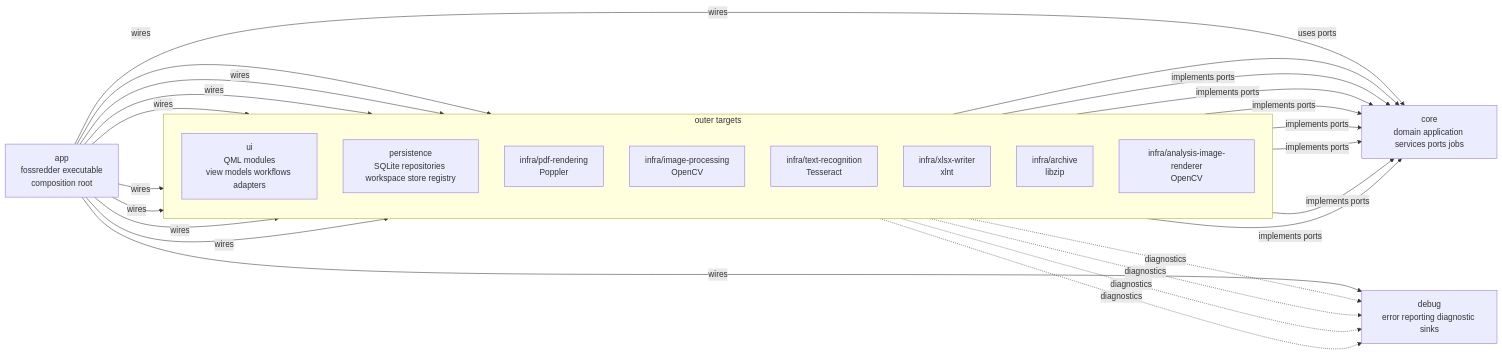
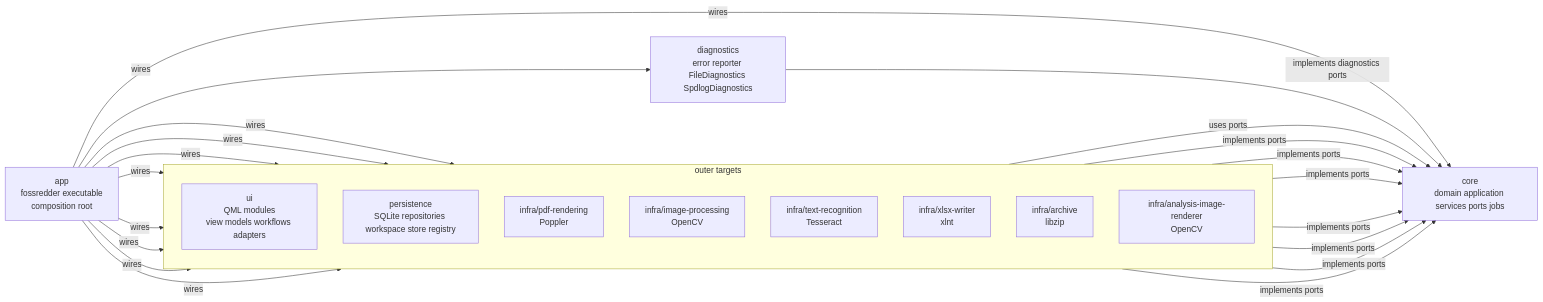
The second of 19 diagrams in docs/DESIGN.md (Wiiii90/FOSSredder), drawn with Mermaid before and after one commit. The commit also changed other lines of this file and 89 other files, not shown here.

Commit message:
chore: align diagnostics ports and target

````diff
--- a/docs/DESIGN.md
+++ b/docs/DESIGN.md
@@ -151,44 +151,41 @@
 ```mermaid
 flowchart LR
   App["app<br/>fossredder executable<br/>composition root"]
 
   subgraph OuterTargets["outer targets"]
     direction TB
     UI["ui<br/>QML modules<br/>view models workflows adapters"]
     Persistence["persistence<br/>SQLite repositories workspace store registry"]
     InfraPdf["infra/pdf-rendering<br/>Poppler"]
     InfraImage["infra/image-processing<br/>OpenCV"]
     InfraText["infra/text-recognition<br/>Tesseract"]
     InfraXlsx["infra/xlsx-writer<br/>xlnt"]
     InfraArchive["infra/archive<br/>libzip"]
     InfraAnalysis["infra/analysis-image-renderer<br/>OpenCV"]
   end
 
   Core["core<br/>domain application services ports jobs"]
-  Debug["debug<br/>error reporting diagnostic sinks"]
+  Diagnostics["diagnostics<br/>error reporter FileDiagnostics SpdlogDiagnostics"]
 
   App -->|wires| UI
   App -->|wires| Persistence
   App -->|wires| InfraPdf
   App -->|wires| InfraImage
   App -->|wires| InfraText
   App -->|wires| InfraXlsx
   App -->|wires| InfraArchive
   App -->|wires| InfraAnalysis
   App -->|wires| Core
-  App -->|wires| Debug
+  App -->|wires| Diagnostics
 
   UI -->|uses ports| Core
   Persistence -->|implements ports| Core
   InfraPdf -->|implements ports| Core
   InfraImage -->|implements ports| Core
   InfraText -->|implements ports| Core
   InfraXlsx -->|implements ports| Core
   InfraArchive -->|implements ports| Core
   InfraAnalysis -->|implements ports| Core
 
-  UI -. diagnostics .-> Debug
-  InfraPdf -. diagnostics .-> Debug
-  InfraImage -. diagnostics .-> Debug
-  InfraText -. diagnostics .-> Debug
+  Diagnostics -->|implements diagnostics ports| Core
 ```
````
